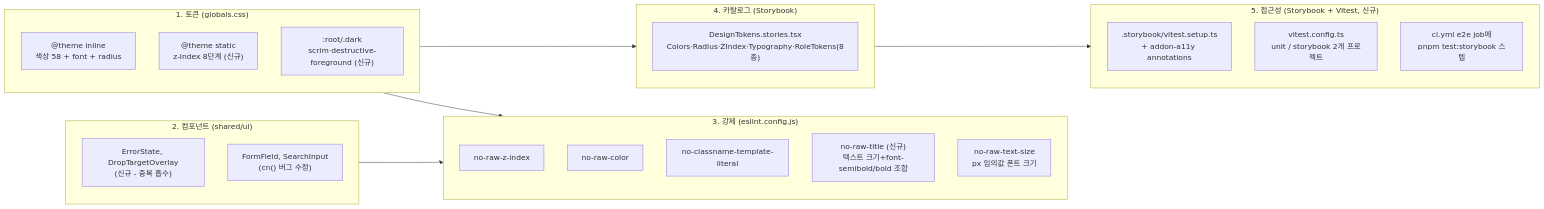
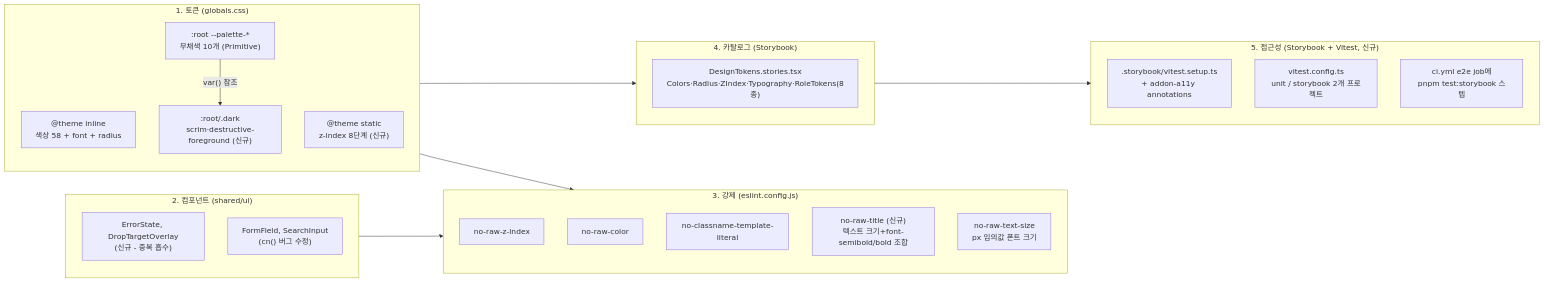
One commit to BAECHAN/link-sphere_FE_NEW changed the second of 2 diagrams in docs/DESIGN-SYSTEM.md. Above: the diagram before and after it, drawn with Mermaid. The commit also changed other lines of this file and 2 other files, not shown here.

First line of the commit message:
refactor(shared): 무채색 색 토큰 값을 팔레트(Primitive) 층으로 분리 (#452)

````diff
--- a/docs/DESIGN-SYSTEM.md
+++ b/docs/DESIGN-SYSTEM.md
@@ -87,31 +87,33 @@
 ```mermaid
 flowchart LR
     subgraph tokens ["1. 토큰 (globals.css)"]
         T1["@theme inline<br/>색상 58 + font + radius"]
         T2["@theme static<br/>z-index 8단계 (신규)"]
         T3[":root/.dark<br/>scrim·destructive-foreground (신규)"]
+        T0[":root --palette-*<br/>무채색 10개 (Primitive)"]
     end
+    T0 -->|"var() 참조"| T3
     subgraph components ["2. 컴포넌트 (shared/ui)"]
         C1["ErrorState, DropTargetOverlay<br/>(신규 - 중복 흡수)"]
         C2["FormField, SearchInput<br/>(cn() 버그 수정)"]
     end
     subgraph enforce ["3. 강제 (eslint.config.js)"]
         E1["no-raw-z-index"]
         E2["no-raw-color"]
         E3["no-classname-template-literal"]
         E4["no-raw-title (신규)<br/>텍스트 크기+font-semibold/bold 조합"]
         E5["no-raw-text-size<br/>px 임의값 폰트 크기"]
     end
     subgraph catalog ["4. 카탈로그 (Storybook)"]
         S1["DesignTokens.stories.tsx<br/>Colors·Radius·ZIndex·Typography·RoleTokens(8종)"]
     end
     subgraph a11y ["5. 접근성 (Storybook + Vitest, 신규)"]
         AX1[".storybook/vitest.setup.ts<br/>+ addon-a11y annotations"]
         AX2["vitest.config.ts<br/>unit / storybook 2개 프로젝트"]
         AX3["ci.yml e2e job에<br/>pnpm test:storybook 스텝"]
     end
     tokens --> enforce
     components --> enforce
     tokens --> catalog
     catalog --> a11y
 ```
````
